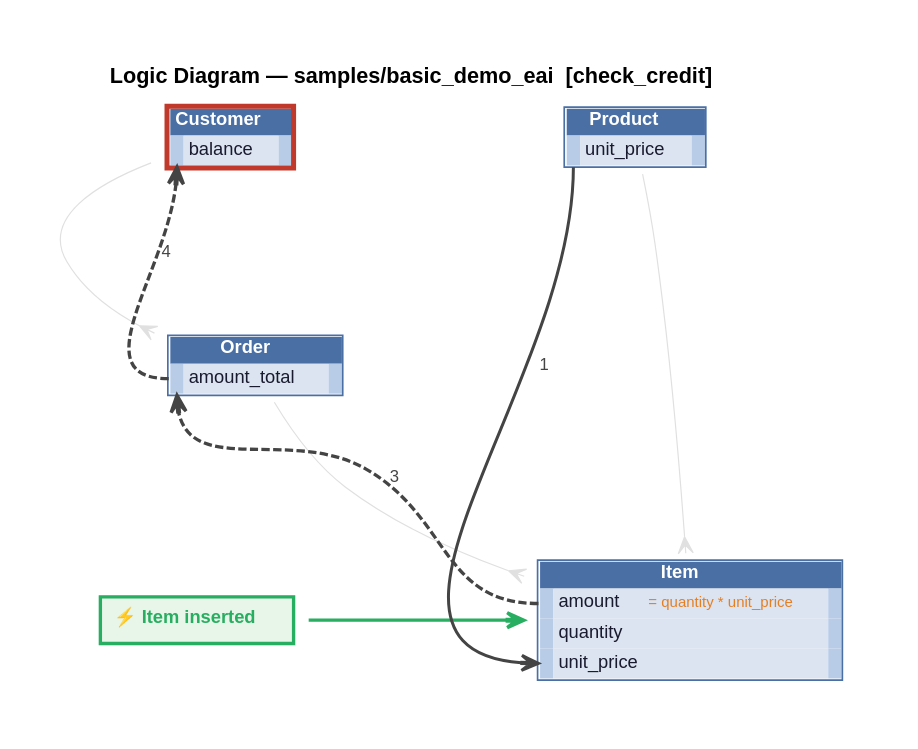
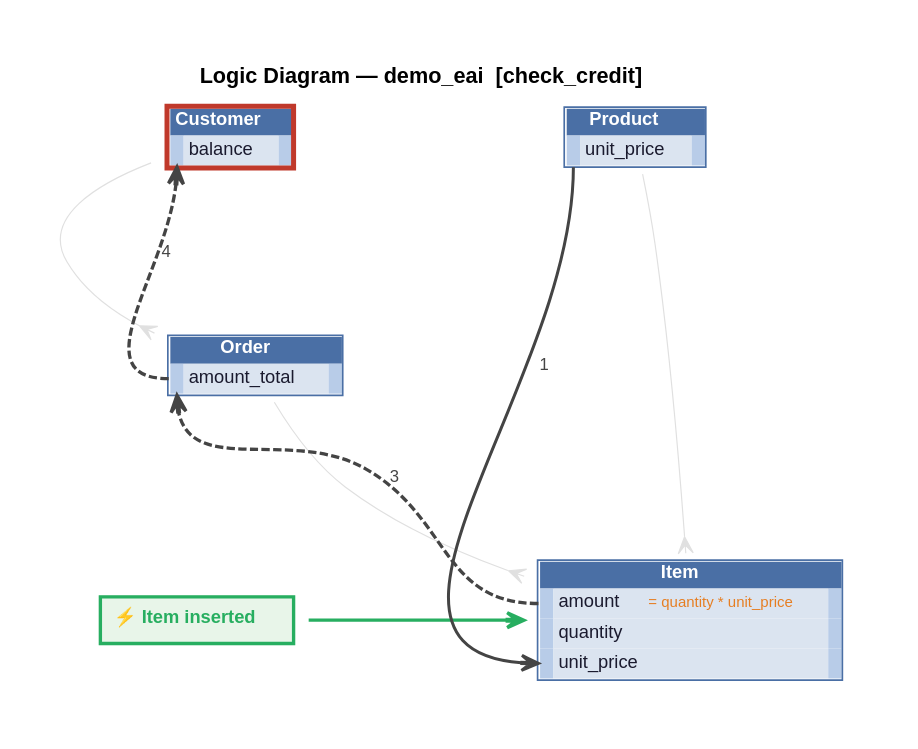
Before and after one commit to ApiLogicServer/ApiLogicServer-src: the diagram in api_logic_server_cli/prototypes/manager/samples/basic_demo_eai/docs/requirements/check_credit/logic_diagrams/logic_diagram_check_credit.dot, drawn with Graphviz. The commit also changed 95 other files, not shown here.

Commit message:
updated demo_eai

```diff
--- a/api_logic_server_cli/prototypes/manager/samples/basic_demo_eai/docs/requirements/check_credit/logic_diagrams/logic_diagram_check_credit.dot
+++ b/api_logic_server_cli/prototypes/manager/samples/basic_demo_eai/docs/requirements/check_credit/logic_diagrams/logic_diagram_check_credit.dot
@@ -1,35 +1,35 @@
 digraph logic {
   graph [rankdir=TB, fontname="Helvetica", fontsize=13,
-         label=<<B>Logic Diagram — samples/basic_demo_eai  [check_credit]</B>>, labelloc=t,
+         label=<<B>Logic Diagram — demo_eai  [check_credit]</B>>, labelloc=t,
          pad=0.4, nodesep=0.90, ranksep=1.10, bgcolor="white",
          splines=spline]
   node  [fontname="Helvetica", fontsize=11, shape=plaintext]
   edge  [fontname="Helvetica", fontsize=10]
 
   // ── trigger ─────────────────────────────────────────────────────
   TRIGGER [label=<<TABLE BORDER="2" CELLBORDER="0" CELLPADDING="5" BGCOLOR="#e8f5e9" COLOR="#27ae60"><TR><TD><FONT COLOR="#27ae60"><B>&#9889; Item inserted</B></FONT></TD></TR></TABLE>>, shape=plaintext]
 
   // ── schema layer ──────────────────────────────────────────────────
   Customer [label=<<TABLE BORDER="3" CELLBORDER="0" CELLSPACING="0" COLOR="#c0392b"><TR><TD COLSPAN="3" BGCOLOR="#4a6fa5"><FONT COLOR="white"><B> Customer </B></FONT></TD></TR><TR><TD PORT="Customer_balance_w" WIDTH="6" HEIGHT="18" BGCOLOR="#b8cce8"> </TD><TD PORT="Customer_balance" ALIGN="LEFT" BGCOLOR="#dbe4f0" CELLPADDING="3"><FONT COLOR="#1a1a2e"> balance </FONT></TD><TD PORT="Customer_balance_e" WIDTH="6" HEIGHT="18" BGCOLOR="#b8cce8"> </TD></TR></TABLE>>]
   Item [label=<<TABLE BORDER="1" CELLBORDER="0" CELLSPACING="0" COLOR="#4a6fa5"><TR><TD COLSPAN="3" BGCOLOR="#4a6fa5"><FONT COLOR="white"><B> Item </B></FONT></TD></TR><TR><TD PORT="Item_amount_w" WIDTH="6" HEIGHT="18" BGCOLOR="#b8cce8"> </TD><TD PORT="Item_amount" ALIGN="LEFT" BGCOLOR="#dbe4f0" CELLPADDING="3"><FONT COLOR="#1a1a2e"> amount </FONT> <FONT COLOR="#e67e22" POINT-SIZE="9">= quantity * unit_price</FONT></TD><TD PORT="Item_amount_e" WIDTH="6" HEIGHT="18" BGCOLOR="#b8cce8"> </TD></TR><TR><TD PORT="Item_quantity_w" WIDTH="6" HEIGHT="18" BGCOLOR="#b8cce8"> </TD><TD PORT="Item_quantity" ALIGN="LEFT" BGCOLOR="#dbe4f0" CELLPADDING="3"><FONT COLOR="#1a1a2e"> quantity </FONT></TD><TD PORT="Item_quantity_e" WIDTH="6" HEIGHT="18" BGCOLOR="#b8cce8"> </TD></TR><TR><TD PORT="Item_unit_price_w" WIDTH="6" HEIGHT="18" BGCOLOR="#b8cce8"> </TD><TD PORT="Item_unit_price" ALIGN="LEFT" BGCOLOR="#dbe4f0" CELLPADDING="3"><FONT COLOR="#1a1a2e"> unit_price </FONT></TD><TD PORT="Item_unit_price_e" WIDTH="6" HEIGHT="18" BGCOLOR="#b8cce8"> </TD></TR></TABLE>>]
   Order [label=<<TABLE BORDER="1" CELLBORDER="0" CELLSPACING="0" COLOR="#4a6fa5"><TR><TD COLSPAN="3" BGCOLOR="#4a6fa5"><FONT COLOR="white"><B> Order </B></FONT></TD></TR><TR><TD PORT="Order_amount_total_w" WIDTH="6" HEIGHT="18" BGCOLOR="#b8cce8"> </TD><TD PORT="Order_amount_total" ALIGN="LEFT" BGCOLOR="#dbe4f0" CELLPADDING="3"><FONT COLOR="#1a1a2e"> amount_total </FONT></TD><TD PORT="Order_amount_total_e" WIDTH="6" HEIGHT="18" BGCOLOR="#b8cce8"> </TD></TR></TABLE>>]
   Product [label=<<TABLE BORDER="1" CELLBORDER="0" CELLSPACING="0" COLOR="#4a6fa5"><TR><TD COLSPAN="3" BGCOLOR="#4a6fa5"><FONT COLOR="white"><B> Product </B></FONT></TD></TR><TR><TD PORT="Product_unit_price_w" WIDTH="6" HEIGHT="18" BGCOLOR="#b8cce8"> </TD><TD PORT="Product_unit_price" ALIGN="LEFT" BGCOLOR="#dbe4f0" CELLPADDING="3"><FONT COLOR="#1a1a2e"> unit_price </FONT></TD><TD PORT="Product_unit_price_e" WIDTH="6" HEIGHT="18" BGCOLOR="#b8cce8"> </TD></TR></TABLE>>]
   // ── rank groupings ────────────────────────────────────────────────
   { rank=min; Customer; Product }
   { rank=same; Order }
   { rank=max; Item; TRIGGER }
 
   // ── FK relationships ───────────────────────────────────────────
   Item -> Order [color="#e0e0e0", style=solid, arrowhead=none, arrowtail=crow, dir=both, penwidth=0.7, constraint=false, weight=1]
   Item -> Product [color="#e0e0e0", style=solid, arrowhead=none, arrowtail=crow, dir=both, penwidth=0.7, constraint=false, weight=1]
   Order -> Customer [color="#e0e0e0", style=solid, arrowhead=none, arrowtail=crow, dir=both, penwidth=0.7, constraint=false, weight=1]
 
   // ── trigger edge ──────────────────────────────────────────────
   TRIGGER -> Item [color="#27ae60", style=bold, arrowhead=vee, penwidth=2, weight=10]
 
   // ── logic edges ────────────────────────────────────────────────────
   Product:Product_unit_price_w -> Item:Item_unit_price_w [label="1", color="#444444", fontcolor="#444444", arrowhead=vee, penwidth=1.8, weight=8]
   // INTRA:Item:unit_price:amount:2:0
   Item:Item_amount_w -> Order:Order_amount_total_w [label="3", color="#444444", fontcolor="#444444", arrowhead=vee, penwidth=2, style=dashed, weight=8]
   Order:Order_amount_total_w -> Customer:Customer_balance_w [label="4", color="#444444", fontcolor="#444444", arrowhead=vee, penwidth=2, style=dashed, weight=8]
 }
```
